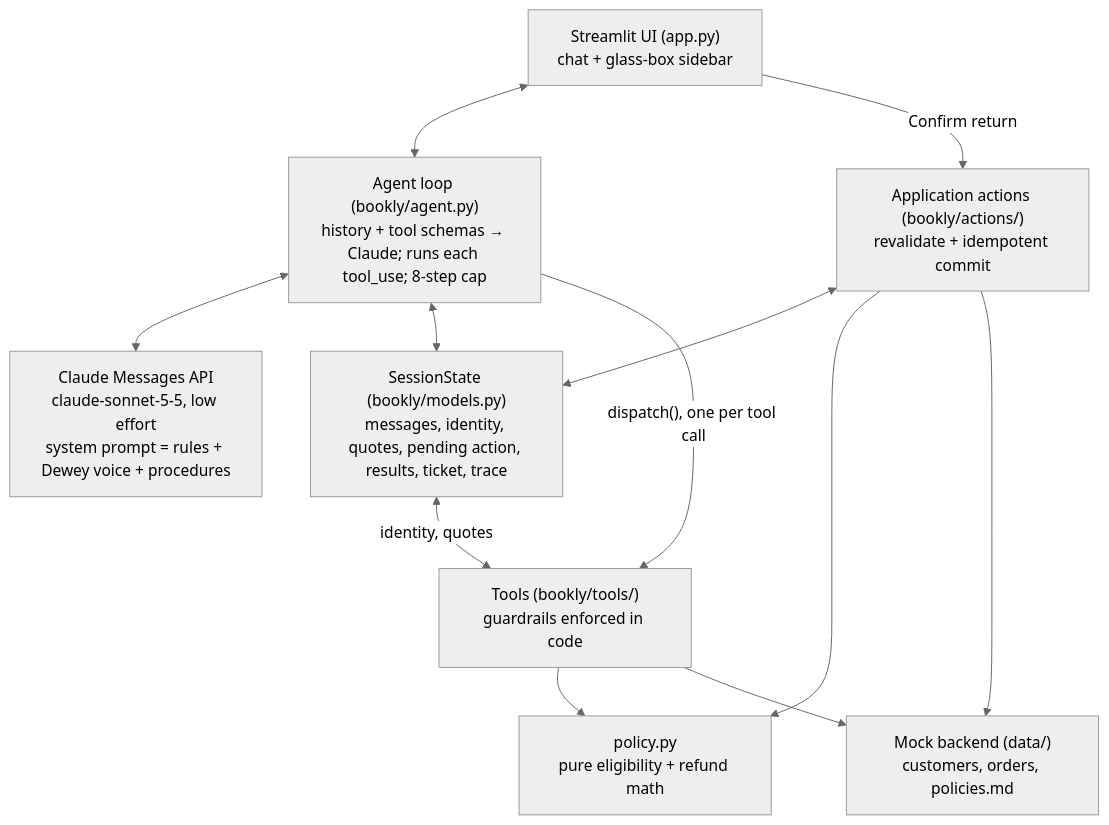
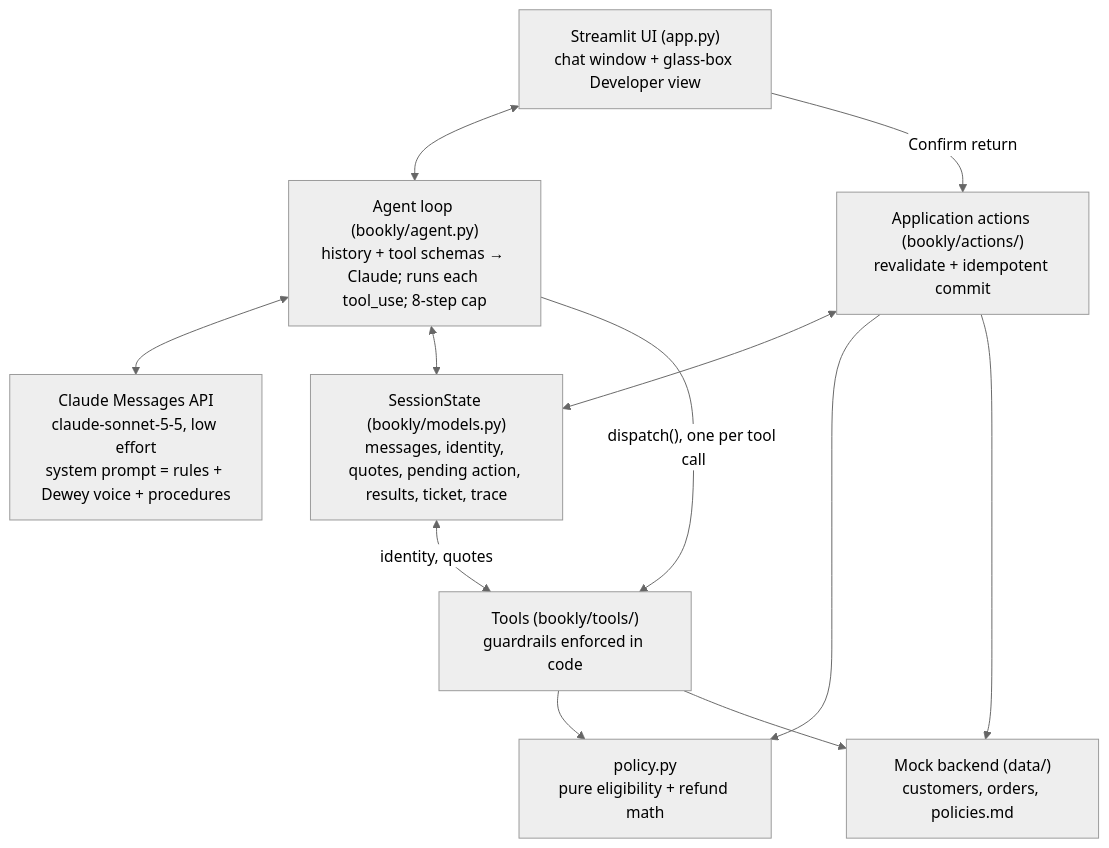
Before and after one commit to jilliangoldberg/bookly-claude-agent: the diagram in README.md, drawn with Mermaid (neutral theme). The commit also changed other lines of this file and 2 other files, not shown here.

First line of the commit message:
Restyle UI as a compact chat window with Customer/Developer views

````diff
--- a/README.md
+++ b/README.md
@@ -47,14 +47,14 @@
 ```mermaid
 flowchart TD
-  UI["Streamlit UI (app.py)<br/>chat + glass-box sidebar"] <--> LOOP["Agent loop (bookly/agent.py)<br/>history + tool schemas → Claude; runs each tool_use; 8-step cap"]
+  UI["Streamlit UI (app.py)<br/>chat window + glass-box Developer view"] <--> LOOP["Agent loop (bookly/agent.py)<br/>history + tool schemas → Claude; runs each tool_use; 8-step cap"]
   LOOP <--> LLM["Claude Messages API<br/>claude-sonnet-5-5, low effort<br/>system prompt = rules + Dewey voice + procedures"]
   LOOP <--> STATE["SessionState (bookly/models.py)<br/>messages, identity, quotes, pending action, results, ticket, trace"]
   LOOP -->|"dispatch(), one per tool call"| TOOLS["Tools (bookly/tools/)<br/>guardrails enforced in code"]
   STATE <-->|"identity, quotes"| TOOLS
   UI -->|"Confirm return"| ACTIONS["Application actions (bookly/actions/)<br/>revalidate + idempotent commit"]
   ACTIONS <--> STATE
   ACTIONS --> POLICY
   ACTIONS --> DATA
   TOOLS --> POLICY["policy.py<br/>pure eligibility + refund math"]
   TOOLS --> DATA["Mock backend (data/)<br/>customers, orders, policies.md"]
 ```
````
